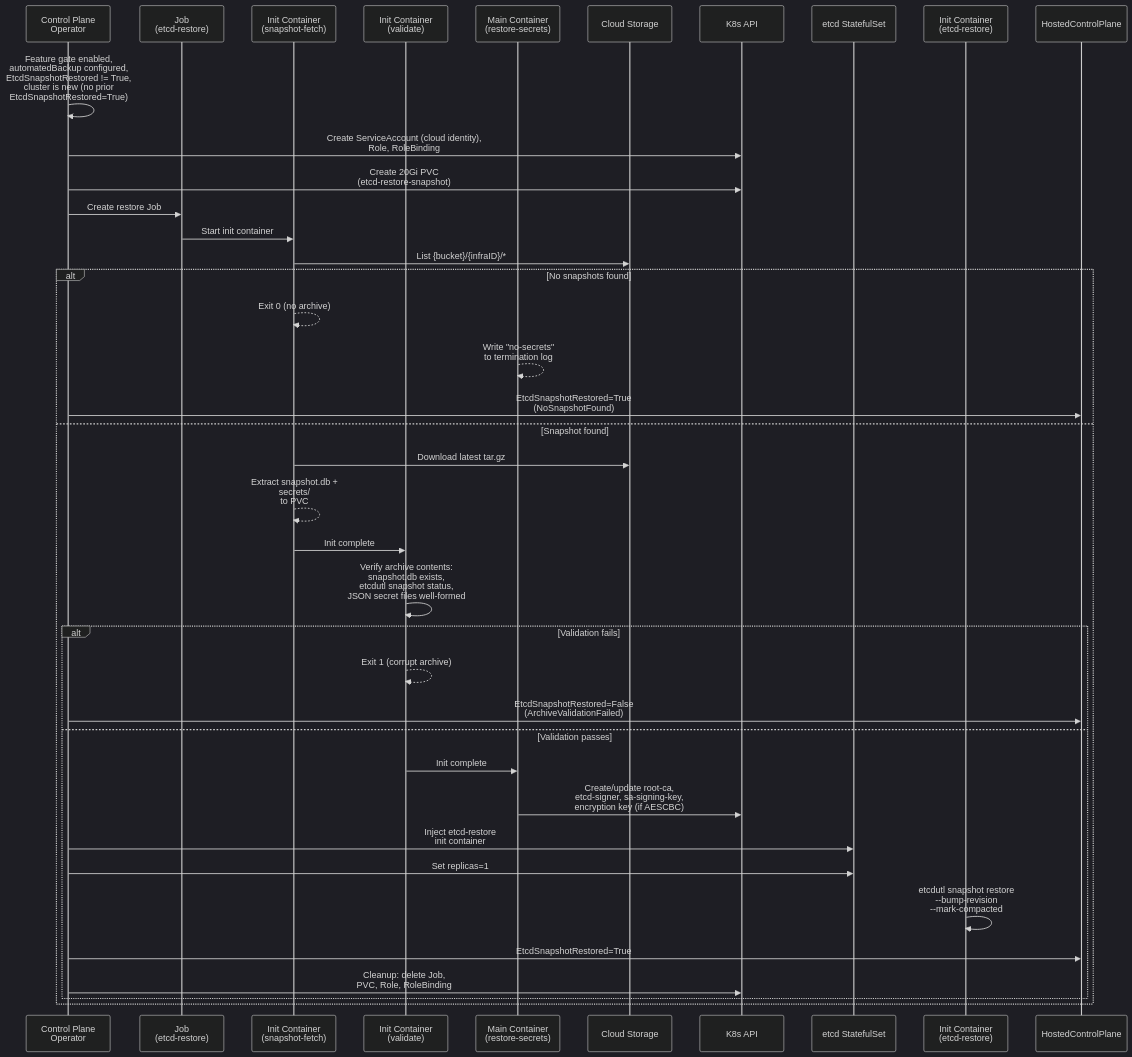
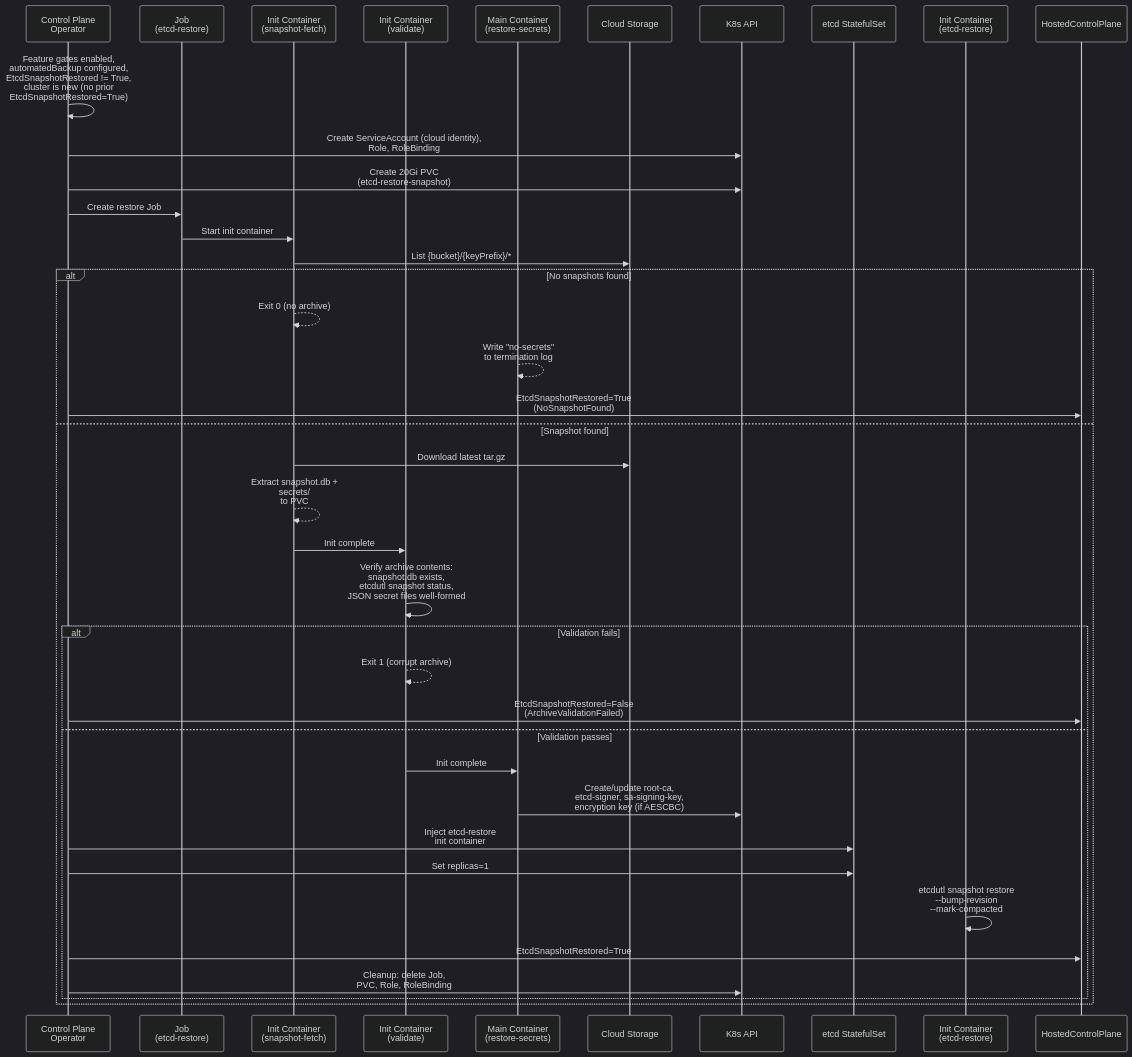
The second of 2 diagrams in enhancements/hypershift/automated-etcd-backup-restore.md (openshift/enhancements), drawn with Mermaid (dark theme) before and after one commit. The commit also changed other lines of this file, not shown here.

First line of the commit message:
Converge automated backup with HCPEtcdBackup as shared primitive

````diff
--- a/enhancements/hypershift/automated-etcd-backup-restore.md
+++ b/enhancements/hypershift/automated-etcd-backup-restore.md
@@ -142,47 +136,47 @@
 ```mermaid
 sequenceDiagram
     participant CPO as Control Plane<br/>Operator
     participant Job as Job<br/>(etcd-restore)
     participant Fetch as Init Container<br/>(snapshot-fetch)
     participant Validate as Init Container<br/>(validate)
     participant Secrets as Main Container<br/>(restore-secrets)
     participant Store as Cloud Storage
     participant K8s as K8s API
     participant STS as etcd StatefulSet
     participant Restore as Init Container<br/>(etcd-restore)
     participant HCP as HostedControlPlane
 
-    CPO->>CPO: Feature gate enabled,<br/>automatedBackup configured,<br/>EtcdSnapshotRestored != True,<br/>cluster is new (no prior<br/>EtcdSnapshotRestored=True)
+    CPO->>CPO: Feature gates enabled,<br/>automatedBackup configured,<br/>EtcdSnapshotRestored != True,<br/>cluster is new (no prior<br/>EtcdSnapshotRestored=True)
     CPO->>K8s: Create ServiceAccount (cloud identity),<br/>Role, RoleBinding
     CPO->>K8s: Create 20Gi PVC<br/>(etcd-restore-snapshot)
     CPO->>Job: Create restore Job
 
     Job->>Fetch: Start init container
-    Fetch->>Store: List {bucket}/{infraID}/*
+    Fetch->>Store: List {bucket}/{keyPrefix}/*
     alt No snapshots found
         Fetch-->>Fetch: Exit 0 (no archive)
         Secrets-->>Secrets: Write "no-secrets"<br/>to termination log
         CPO->>HCP: EtcdSnapshotRestored=True<br/>(NoSnapshotFound)
     else Snapshot found
         Fetch->>Store: Download latest tar.gz
         Fetch-->>Fetch: Extract snapshot.db +<br/>secrets/<br/>to PVC
 
         Fetch->>Validate: Init complete
         Validate->>Validate: Verify archive contents:<br/>snapshot.db exists,<br/>etcdutl snapshot status,<br/>JSON secret files well-formed
         alt Validation fails
             Validate-->>Validate: Exit 1 (corrupt archive)
             CPO->>HCP: EtcdSnapshotRestored=False<br/>(ArchiveValidationFailed)
         else Validation passes
             Validate->>Secrets: Init complete
             Secrets->>K8s: Create/update root-ca,<br/>etcd-signer, sa-signing-key,<br/>encryption key (if AESCBC)
 
             CPO->>STS: Inject etcd-restore<br/>init container
             CPO->>STS: Set replicas=1
 
             Restore->>Restore: etcdutl snapshot restore<br/>--bump-revision<br/>--mark-compacted
 
             CPO->>HCP: EtcdSnapshotRestored=True
             CPO->>K8s: Cleanup: delete Job,<br/>PVC, Role, RoleBinding
         end
     end
 ```
````
